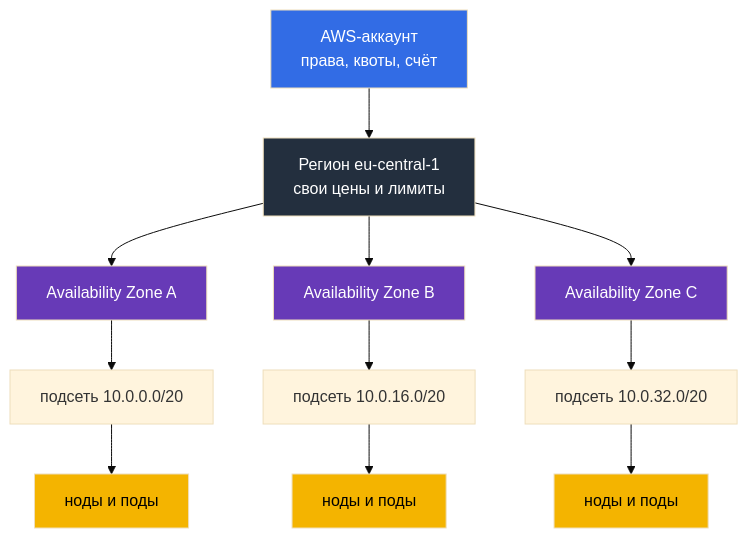
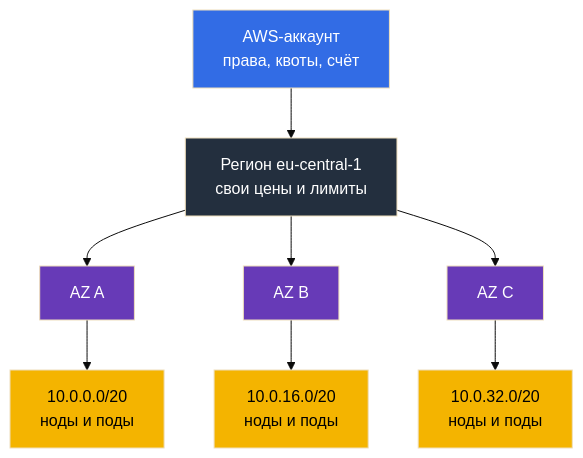
Before and after one commit to ViktorUJ/cks: the second of 5 diagrams in tasks/eks/course/00-1-aws/ru.md, drawn with Mermaid (base theme). The commit also changed other lines of this file and 52 other files, not shown here.

````diff
--- a/tasks/eks/course/00-1-aws/ru.md
+++ b/tasks/eks/course/00-1-aws/ru.md
@@ -87,23 +72,20 @@
 ```mermaid
 flowchart TB
-    acc["AWS-аккаунт<br>права, квоты, счёт"]
-    reg["Регион eu-central-1<br>свои цены и лимиты"]
+    acc["AWS-аккаунт<br/>права, квоты, счёт"]
+    reg["Регион eu-central-1<br/>свои цены и лимиты"]
     acc --> reg
-    reg --> az1["Availability Zone A"]
-    reg --> az2["Availability Zone B"]
-    reg --> az3["Availability Zone C"]
-    az1 --> sub1["подсеть 10.0.0.0/20"]
-    az2 --> sub2["подсеть 10.0.16.0/20"]
-    az3 --> sub3["подсеть 10.0.32.0/20"]
-    sub1 --> n1["ноды и поды"]
-    sub2 --> n2["ноды и поды"]
-    sub3 --> n3["ноды и поды"]
+    reg --> az1["AZ A"]
+    reg --> az2["AZ B"]
+    reg --> az3["AZ C"]
+    az1 --> n1["10.0.0.0/20<br/>ноды и поды"]
+    az2 --> n2["10.0.16.0/20<br/>ноды и поды"]
+    az3 --> n3["10.0.32.0/20<br/>ноды и поды"]
     style acc fill:#326ce5,color:#fff
     style reg fill:#232f3e,color:#fff
     style az1 fill:#673ab7,color:#fff
     style az2 fill:#673ab7,color:#fff
     style az3 fill:#673ab7,color:#fff
     style n1 fill:#f4b400,color:#000
     style n2 fill:#f4b400,color:#000
     style n3 fill:#f4b400,color:#000
 ```
````
